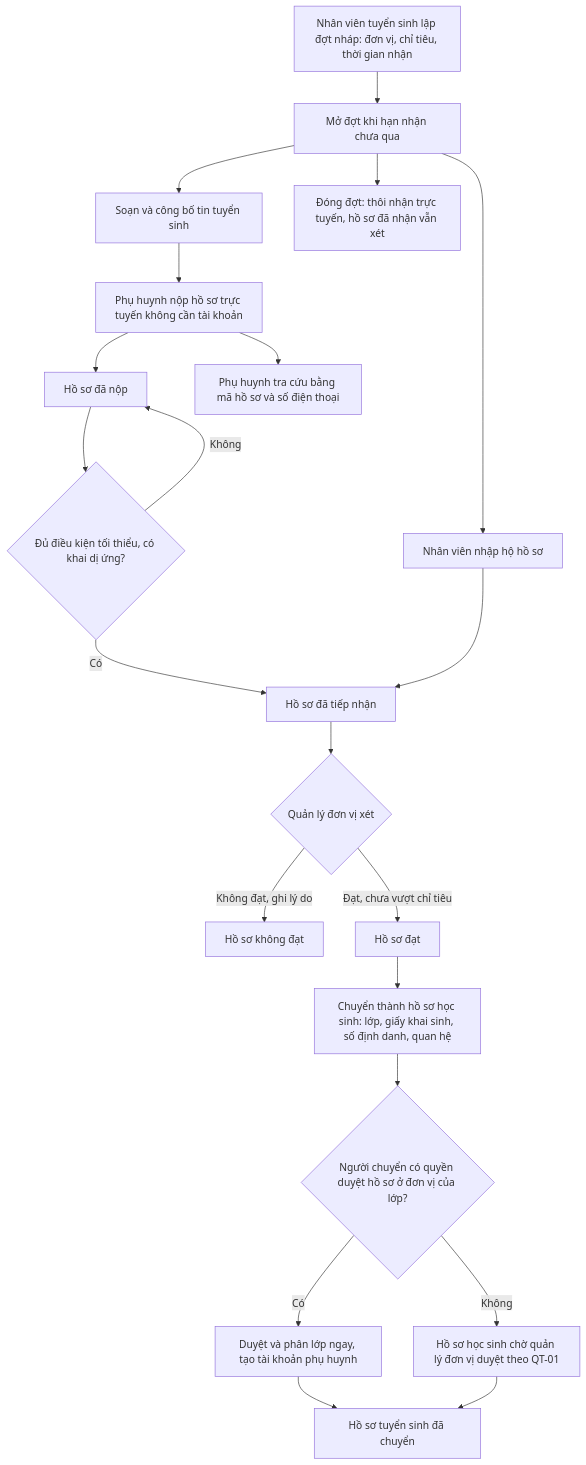
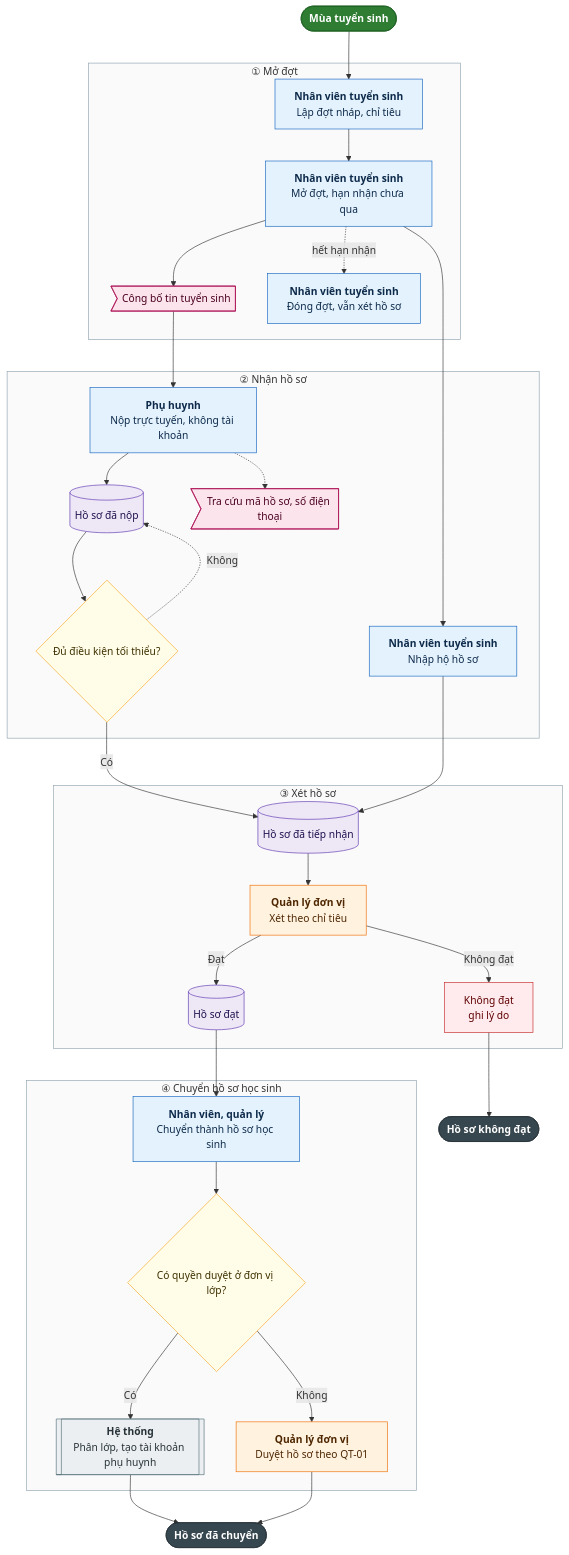
The tenth of 12 diagrams in tai_lieu/34_TONG_HOP_CHUC_NANG_HE_THONG/05_TAI_CHINH_NHAN_SU_HAU_CAN.md (luckyshopvn/school_management), drawn with Mermaid before and after one commit. The commit also changed other lines of this file and 8 other files, not shown here.

First line of the commit message:
Tài liệu 34: vẽ lại toàn bộ sơ đồ cho trực quan, thêm bản PDF gộp

````diff
--- a/tai_lieu/34_TONG_HOP_CHUC_NANG_HE_THONG/05_TAI_CHINH_NHAN_SU_HAU_CAN.md
+++ b/tai_lieu/34_TONG_HOP_CHUC_NANG_HE_THONG/05_TAI_CHINH_NHAN_SU_HAU_CAN.md
@@ -663,23 +943,72 @@
 ```mermaid
 flowchart TD
-  A["Nhân viên tuyển sinh lập đợt nháp: đơn vị, chỉ tiêu, thời gian nhận"] --> B["Mở đợt khi hạn nhận chưa qua"]
-  B --> C["Soạn và công bố tin tuyển sinh"]
-  C --> D["Phụ huynh nộp hồ sơ trực tuyến không cần tài khoản"]
-  B --> E["Nhân viên nhập hộ hồ sơ"]
-  D --> F["Hồ sơ đã nộp"]
-  F --> G{"Đủ điều kiện tối thiểu, có khai dị ứng?"}
-  G -->|"Không"| F
-  G -->|"Có"| H["Hồ sơ đã tiếp nhận"]
-  E --> H
-  H --> I{"Quản lý đơn vị xét"}
-  I -->|"Không đạt, ghi lý do"| J["Hồ sơ không đạt"]
-  I -->|"Đạt, chưa vượt chỉ tiêu"| K["Hồ sơ đạt"]
-  K --> L["Chuyển thành hồ sơ học sinh: lớp, giấy khai sinh, số định danh, quan hệ"]
-  L --> M{"Người chuyển có quyền duyệt hồ sơ ở đơn vị của lớp?"}
-  M -->|"Có"| N["Duyệt và phân lớp ngay, tạo tài khoản phụ huynh"]
-  M -->|"Không"| O["Hồ sơ học sinh chờ quản lý đơn vị duyệt theo QT-01"]
-  N --> P["Hồ sơ tuyển sinh đã chuyển"]
-  O --> P
-  D --> Q["Phụ huynh tra cứu bằng mã hồ sơ và số điện thoại"]
-  B --> R["Đóng đợt: thôi nhận trực tuyến, hồ sơ đã nhận vẫn xét"]
+  classDef batdau fill:#2e7d32,stroke:#1b5e20,color:#ffffff,font-weight:bold
+  classDef ketthuc fill:#37474f,stroke:#263238,color:#ffffff,font-weight:bold
+  classDef nguoi fill:#e3f2fd,stroke:#1565c0,color:#0d2a4a
+  classDef heth fill:#eceff1,stroke:#546e7a,color:#263238
+  classDef duyet fill:#fff3e0,stroke:#ef6c00,color:#4e2600
+  classDef hoi fill:#fffde7,stroke:#f9a825,color:#3e2f00
+  classDef bao fill:#fce4ec,stroke:#ad1457,color:#4a0020
+  classDef chan fill:#ffebee,stroke:#c62828,color:#5f0000
+  classDef dulieu fill:#ede7f6,stroke:#5e35b1,color:#1f0f4d
+
+  S(["Mùa tuyển sinh"]):::batdau
+
+  subgraph P1["① Mở đợt"]
+    A1["<b>Nhân viên tuyển sinh</b><br/>Lập đợt nháp, chỉ tiêu"]:::nguoi
+    A2["<b>Nhân viên tuyển sinh</b><br/>Mở đợt, hạn nhận chưa qua"]:::nguoi
+    A3>"Công bố tin tuyển sinh"]:::bao
+    A4["<b>Nhân viên tuyển sinh</b><br/>Đóng đợt, vẫn xét hồ sơ"]:::nguoi
+    A1 --> A2 --> A3
+    A2 -.->|"hết hạn nhận"| A4
+  end
+
+  subgraph P2["② Nhận hồ sơ"]
+    B1["<b>Phụ huynh</b><br/>Nộp trực tuyến, không tài khoản"]:::nguoi
+    B2["<b>Nhân viên tuyển sinh</b><br/>Nhập hộ hồ sơ"]:::nguoi
+    B3[("Hồ sơ đã nộp")]:::dulieu
+    B4{"Đủ điều kiện tối thiểu?"}:::hoi
+    B5>"Tra cứu mã hồ sơ, số điện thoại"]:::bao
+    B1 --> B3 --> B4
+    B4 -.->|"Không"| B3
+    B1 -.-> B5
+  end
+
+  subgraph P3["③ Xét hồ sơ"]
+    C1[("Hồ sơ đã tiếp nhận")]:::dulieu
+    C2["<b>Quản lý đơn vị</b><br/>Xét theo chỉ tiêu"]:::duyet
+    C3["Không đạt<br/>ghi lý do"]:::chan
+    C4[("Hồ sơ đạt")]:::dulieu
+    C1 --> C2
+    C2 -->|"Không đạt"| C3
+    C2 -->|"Đạt"| C4
+  end
+
+  subgraph P4["④ Chuyển hồ sơ học sinh"]
+    D1["<b>Nhân viên, quản lý</b><br/>Chuyển thành hồ sơ học sinh"]:::nguoi
+    D2{"Có quyền duyệt ở đơn vị lớp?"}:::hoi
+    D3[["<b>Hệ thống</b><br/>Phân lớp, tạo tài khoản phụ huynh"]]:::heth
+    D4["<b>Quản lý đơn vị</b><br/>Duyệt hồ sơ theo QT-01"]:::duyet
+    D1 --> D2
+    D2 -->|"Có"| D3
+    D2 -->|"Không"| D4
+  end
+
+  K1(["Hồ sơ đã chuyển"]):::ketthuc
+  K2(["Hồ sơ không đạt"]):::ketthuc
+
+  S --> A1
+  A3 --> B1
+  A2 --> B2
+  B4 -->|"Có"| C1
+  B2 --> C1
+  C3 --> K2
+  C4 --> D1
+  D3 --> K1
+  D4 --> K1
+
+  style P1 fill:#fafafa,stroke:#90a4ae
+  style P2 fill:#fafafa,stroke:#90a4ae
+  style P3 fill:#fafafa,stroke:#90a4ae
+  style P4 fill:#fafafa,stroke:#90a4ae
 ```
````
